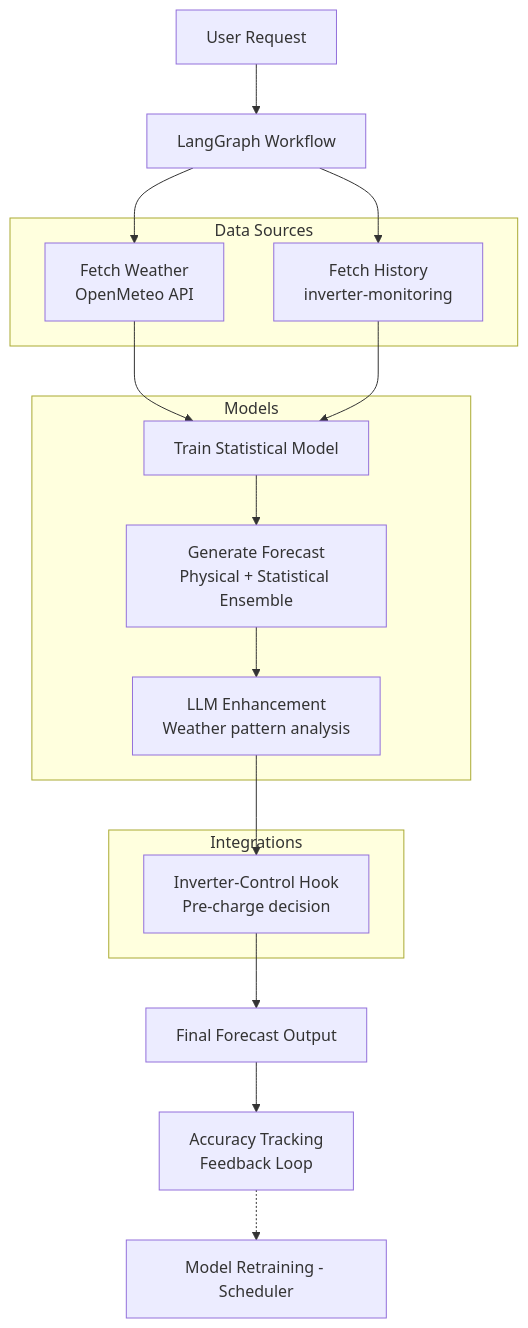
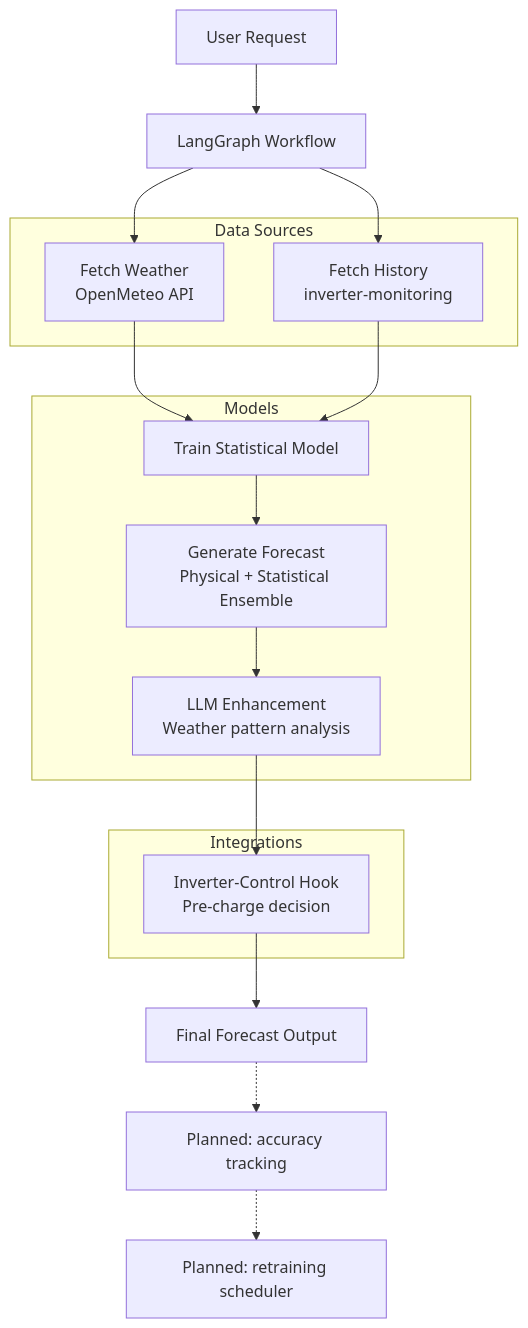
One commit to 4alvit/solar-forecast-langgraph changed the first of 2 diagrams in README.md. Above: the diagram before and after it, drawn with Mermaid. The commit also changed other lines of this file and 2 other files, not shown here.

````diff
--- a/README.md
+++ b/README.md
@@ -27,33 +27,33 @@
 ```mermaid
 graph TD
     A[User Request] --> B[LangGraph Workflow]
     
     B --> C[Fetch Weather<br/>OpenMeteo API]
     B --> D[Fetch History<br/>inverter-monitoring]
     
     C --> E[Train Statistical Model]
     D --> E
     
     E --> F[Generate Forecast<br/>Physical + Statistical Ensemble]
     F --> G[LLM Enhancement<br/>Weather pattern analysis]
     G --> H[Inverter-Control Hook<br/>Pre-charge decision]
     H --> I[Final Forecast Output]
     
-    I --> J[Accuracy Tracking<br/>Feedback Loop]
-    J -.-> K[Model Retraining - Scheduler]
+    I -.-> J[Planned: accuracy tracking]
+    J -.-> K[Planned: retraining scheduler]
     
     subgraph "Data Sources"
         C
         D
     end
     
     subgraph "Models"
         E
         F
         G
     end
     
     subgraph "Integrations"
         H
     end
 ```
````
